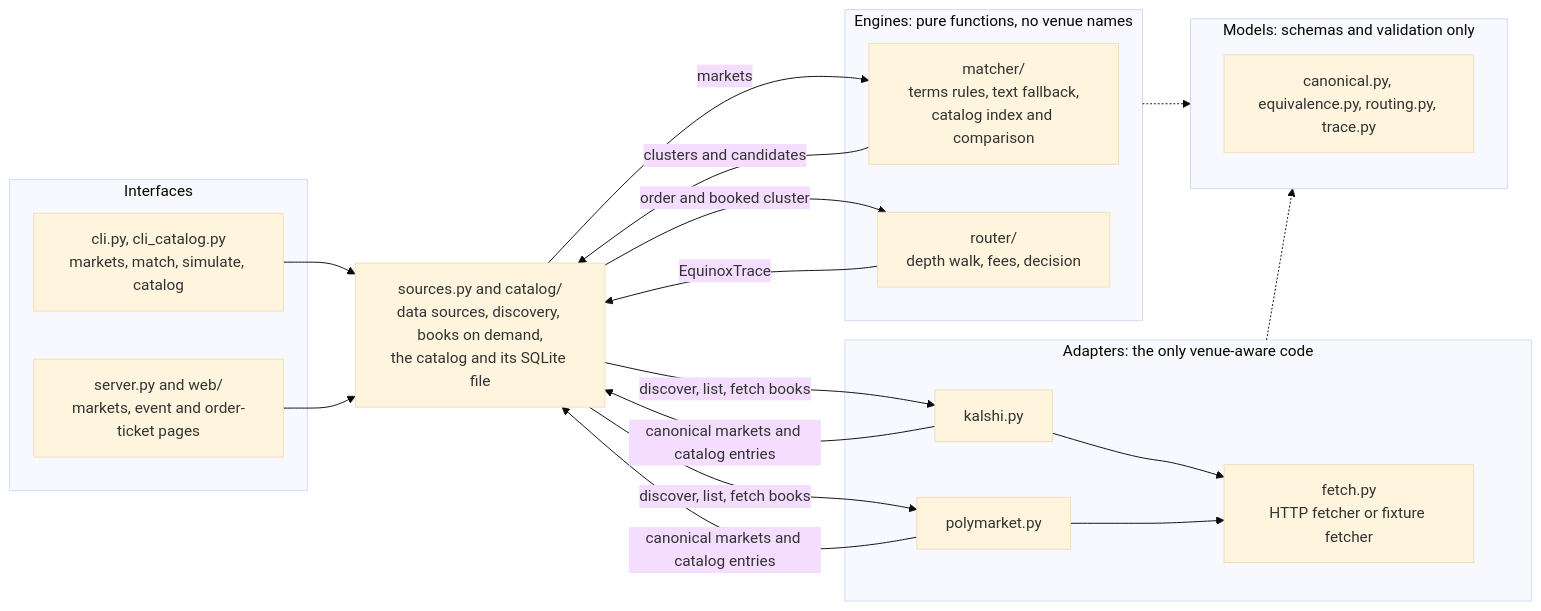
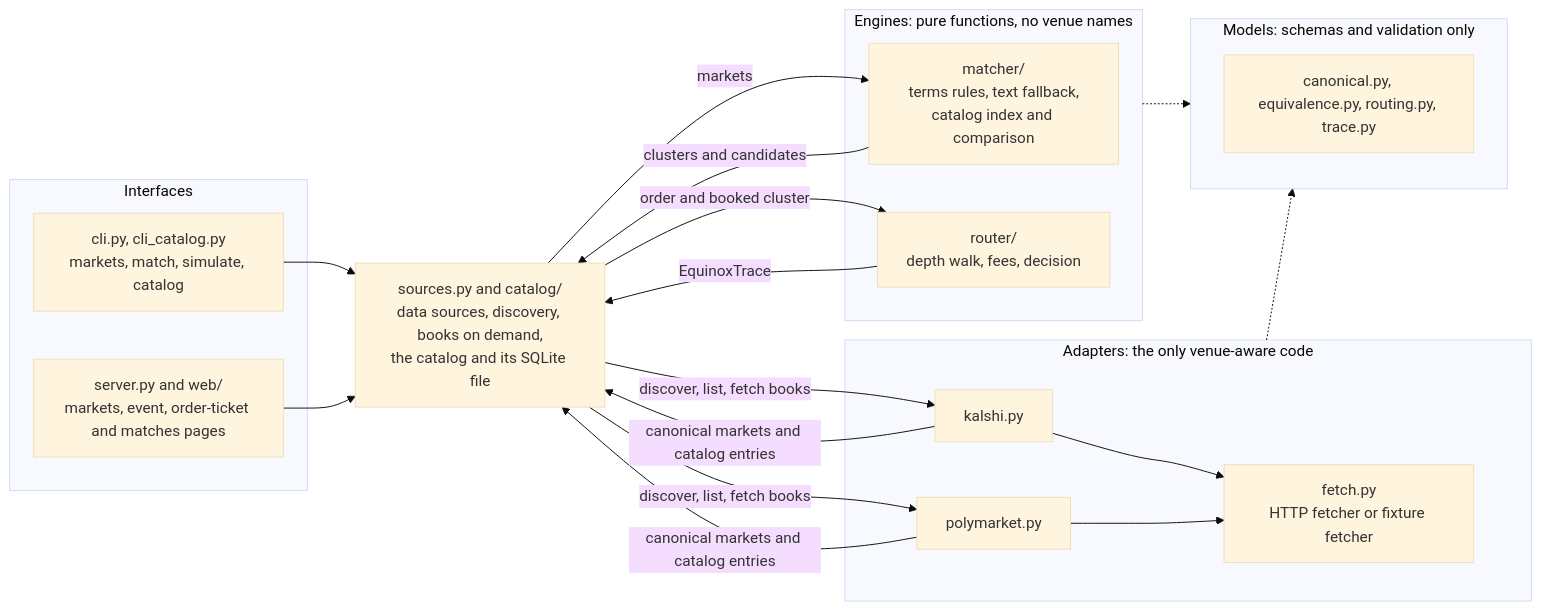
The diagram in README.md (joshuatagoe/project-equinox), drawn with Mermaid (base theme) before and after one commit. The commit also changed other lines of this file and 19 other files, not shown here.

````diff
--- a/README.md
+++ b/README.md
@@ -114,30 +114,30 @@
 ```mermaid
 flowchart LR
     subgraph IN["Interfaces"]
         CLI["cli.py, cli_catalog.py<br/>markets, match, simulate, catalog"]
-        UI["server.py and web/<br/>markets, event and order-ticket pages"]
+        UI["server.py and web/<br/>markets, event, order-ticket and matches pages"]
     end
     SRC["sources.py and catalog/<br/>data sources, discovery, books on demand,<br/>the catalog and its SQLite file"]
     subgraph AD["Adapters: the only venue-aware code"]
         K["kalshi.py"]
         P["polymarket.py"]
         F["fetch.py<br/>HTTP fetcher or fixture fetcher"]
     end
     subgraph EN["Engines: pure functions, no venue names"]
         MA["matcher/<br/>terms rules, text fallback,<br/>catalog index and comparison"]
         RO["router/<br/>depth walk, fees, decision"]
     end
     subgraph MO["Models: schemas and validation only"]
         CM["canonical.py, equivalence.py, routing.py, trace.py"]
     end
     CLI & UI --> SRC
     SRC -->|discover, list, fetch books| K & P
     K & P --> F
     K & P -->|canonical markets and catalog entries| SRC
     SRC -->|markets| MA
     MA -->|clusters and candidates| SRC
     SRC -->|order and booked cluster| RO
     RO -->|EquinoxTrace| SRC
     AD -.-> MO
     EN -.-> MO
 ```
````
